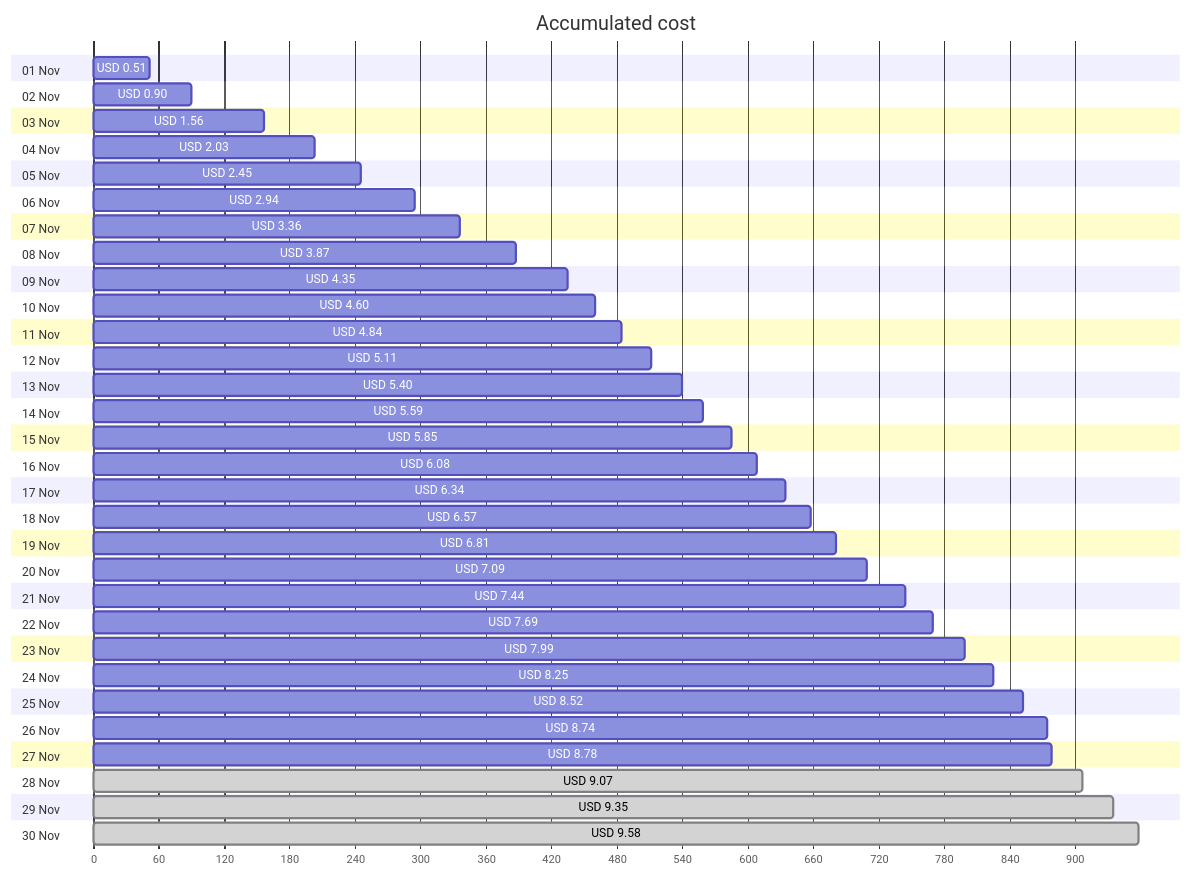
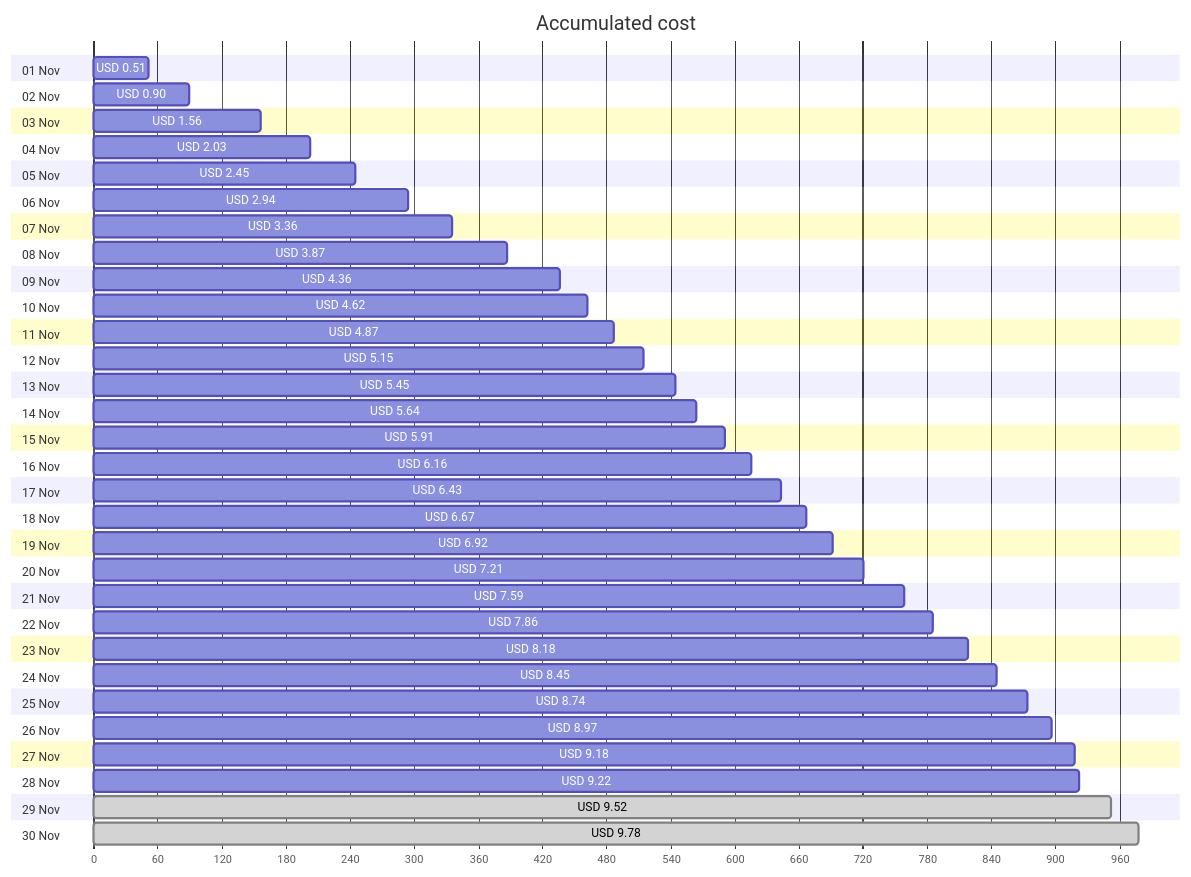
Before and after one commit to jpfulton/azure-personal-reports: the first of 4 diagrams in cost-reports/personal-network/vpn-server.md, drawn with Mermaid. The commit also changed other lines of this file and 8 other files, not shown here.

````diff
--- a/cost-reports/personal-network/vpn-server.md
+++ b/cost-reports/personal-network/vpn-server.md
@@ -20,66 +20,66 @@
 ```mermaid
 gantt
    title Accumulated cost
    dateFormat  X
    axisFormat %s
    section 01 Nov
    USD 0.51 :0, 51
    section 02 Nov
    USD 0.90 :0, 90
    section 03 Nov
    USD 1.56 :0, 156
    section 04 Nov
    USD 2.03 :0, 203
    section 05 Nov
    USD 2.45 :0, 245
    section 06 Nov
    USD 2.94 :0, 294
    section 07 Nov
    USD 3.36 :0, 336
    section 08 Nov
    USD 3.87 :0, 387
    section 09 Nov
-   USD 4.35 :0, 435
+   USD 4.36 :0, 436
    section 10 Nov
-   USD 4.60 :0, 460
+   USD 4.62 :0, 462
    section 11 Nov
-   USD 4.84 :0, 484
+   USD 4.87 :0, 487
    section 12 Nov
-   USD 5.11 :0, 511
+   USD 5.15 :0, 515
    section 13 Nov
-   USD 5.40 :0, 540
+   USD 5.45 :0, 545
    section 14 Nov
-   USD 5.59 :0, 559
+   USD 5.64 :0, 564
    section 15 Nov
-   USD 5.85 :0, 585
+   USD 5.91 :0, 591
    section 16 Nov
-   USD 6.08 :0, 608
+   USD 6.16 :0, 616
    section 17 Nov
-   USD 6.34 :0, 634
+   USD 6.43 :0, 643
    section 18 Nov
-   USD 6.57 :0, 657
+   USD 6.67 :0, 667
    section 19 Nov
-   USD 6.81 :0, 681
+   USD 6.92 :0, 692
    section 20 Nov
-   USD 7.09 :0, 709
+   USD 7.21 :0, 721
    section 21 Nov
-   USD 7.44 :0, 744
+   USD 7.59 :0, 759
    section 22 Nov
-   USD 7.69 :0, 769
+   USD 7.86 :0, 786
    section 23 Nov
-   USD 7.99 :0, 799
+   USD 8.18 :0, 818
    section 24 Nov
-   USD 8.25 :0, 825
+   USD 8.45 :0, 845
    section 25 Nov
-   USD 8.52 :0, 852
+   USD 8.74 :0, 874
    section 26 Nov
-   USD 8.74 :0, 874
+   USD 8.97 :0, 897
    section 27 Nov
-   USD 8.78 :0, 878
+   USD 9.18 :0, 918
    section 28 Nov
-   USD 9.07 : done, 0, 907
+   USD 9.22 :0, 922
    section 29 Nov
-   USD 9.35 : done, 0, 935
+   USD 9.52 : done, 0, 952
    section 30 Nov
-   USD 9.58 : done, 0, 958
+   USD 9.78 : done, 0, 978
 ```
````
